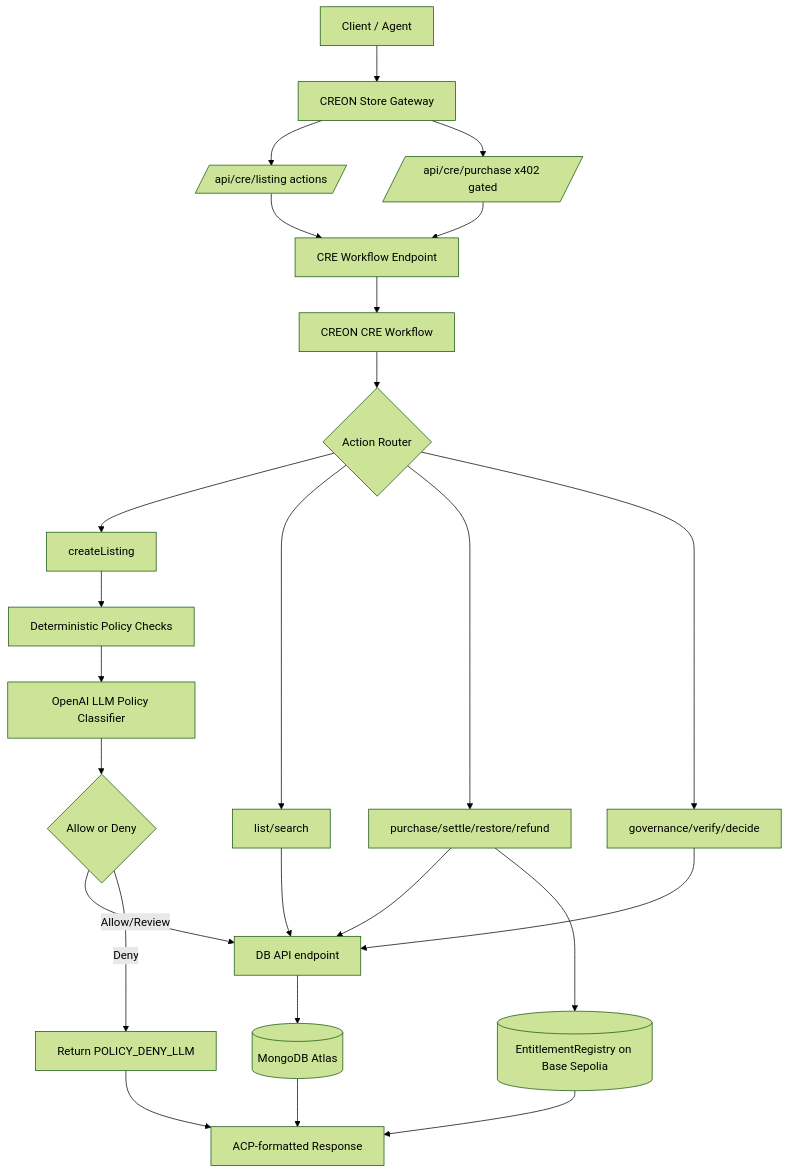
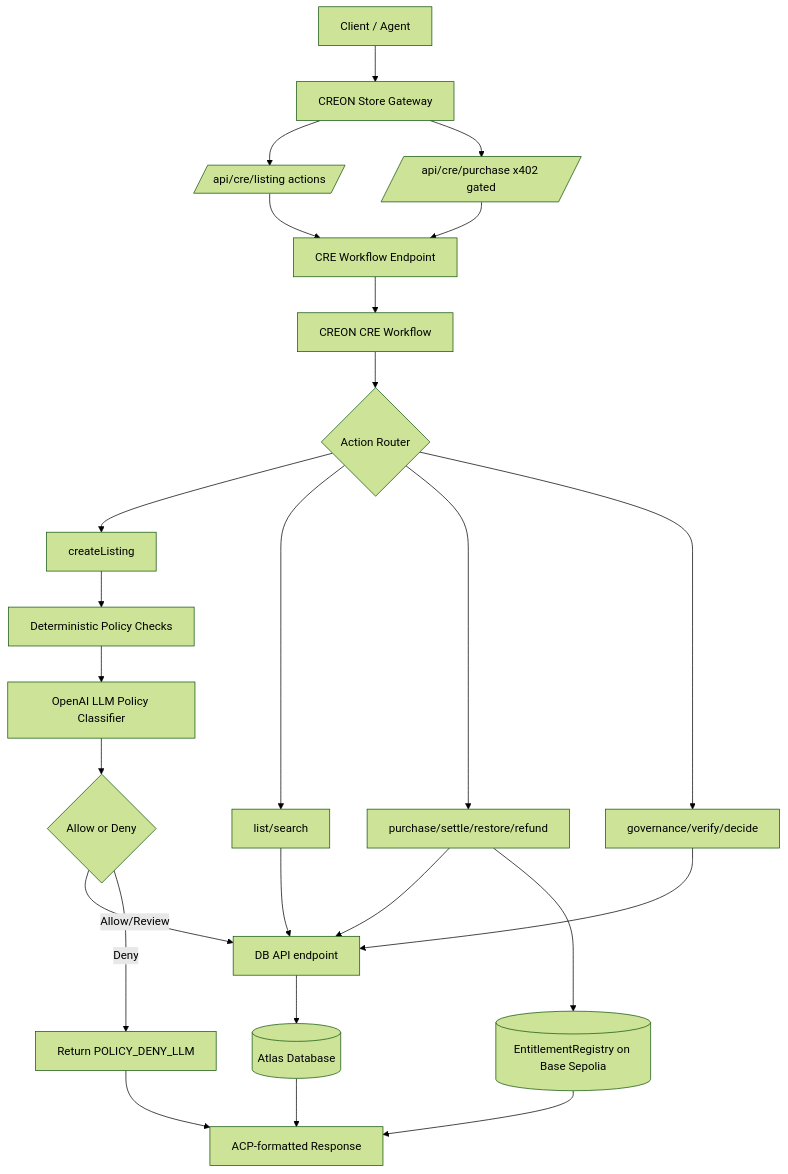
Before and after one commit to raldblox/creon: the diagram in README.md, drawn with Mermaid (forest theme). The commit also changed other lines of this file and 14 other files, not shown here.

````diff
--- a/README.md
+++ b/README.md
@@ -16,32 +16,32 @@
 ```mermaid
 flowchart TD
   A[Client / Agent] --> B[CREON Store Gateway]
   B --> C[/api/cre/listing actions/]
   B --> D[/api/cre/purchase x402 gated/]
   C --> E[CRE Workflow Endpoint]
   D --> E
   E --> F[CREON CRE Workflow]
   F --> G{Action Router}
 
   G --> H[createListing]
   G --> I[list/search]
   G --> J[purchase/settle/restore/refund]
   G --> K[governance/verify/decide]
 
   H --> L[Deterministic Policy Checks]
   L --> M[OpenAI LLM Policy Classifier]
   M --> N{Allow or Deny}
   N -->|Allow/Review| O[DB API endpoint]
   N -->|Deny| P[Return POLICY_DENY_LLM]
 
   I --> O
   J --> O
   K --> O
 
-  O --> Q[(MongoDB Atlas)]
+  O --> Q[(Atlas Database)]
   J --> R[(EntitlementRegistry on Base Sepolia)]
 
   Q --> S[ACP-formatted Response]
   R --> S
   P --> S
 ```
````
